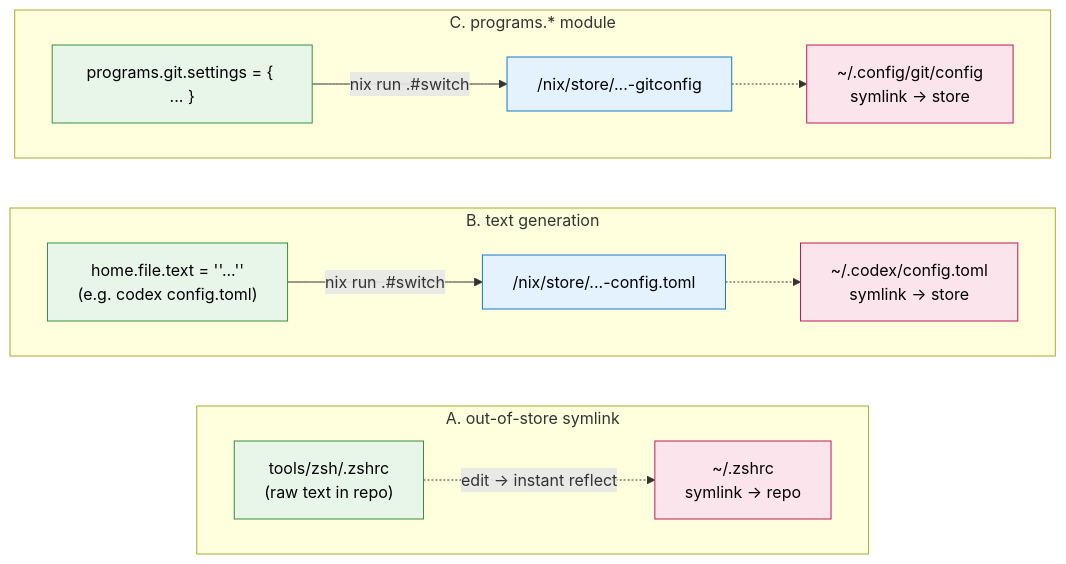
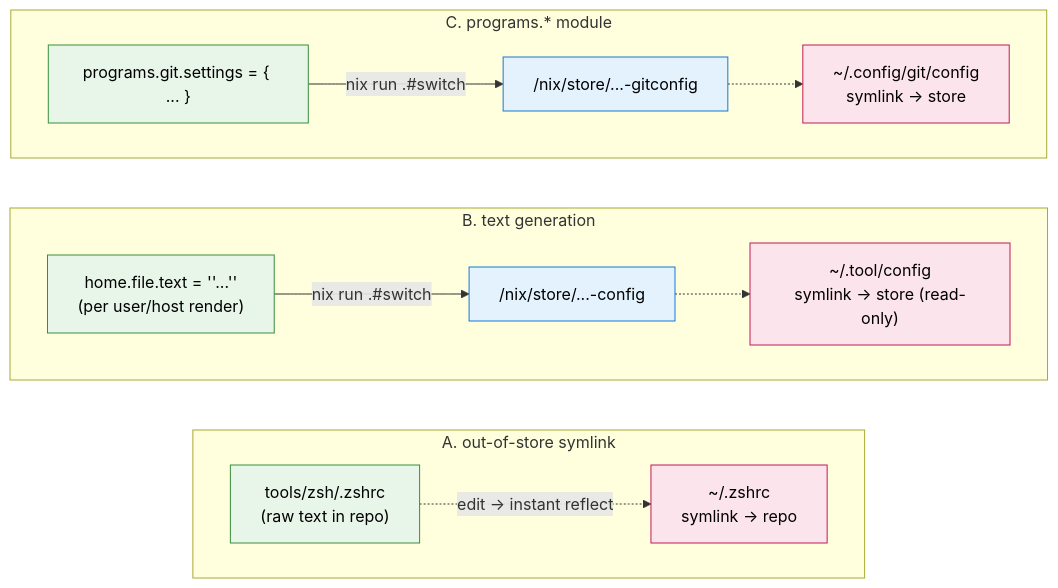
The second of 3 diagrams in docs/design-philosophy.md (danimal141/dotfiles), drawn with Mermaid before and after one commit. The commit also changed other lines of this file and 10 other files, not shown here.

First line of the commit message:
refactor(codex): manage config.toml via pkgs.formats.toml and trim MCP to context7/terraform

````diff
--- a/docs/design-philosophy.md
+++ b/docs/design-philosophy.md
@@ -108,29 +108,29 @@
 ```mermaid
 flowchart LR
     classDef src fill:#e8f5e9,stroke:#388e3c,color:#000
     classDef store fill:#e3f2fd,stroke:#1976d2,color:#000
     classDef home fill:#fce4ec,stroke:#c2185b,color:#000
 
     subgraph A["A. out-of-store symlink"]
         direction LR
         ARepo["tools/zsh/.zshrc<br/>(raw text in repo)"]:::src
         AHome["~/.zshrc<br/>symlink → repo"]:::home
         ARepo -.->|"edit → instant reflect"| AHome
     end
 
     subgraph B["B. text generation"]
         direction LR
-        BNix["home.file.text = ''...''<br/>(e.g. codex config.toml)"]:::src
-        BStore["/nix/store/...-config.toml"]:::store
-        BHome["~/.codex/config.toml<br/>symlink → store"]:::home
+        BNix["home.file.text = ''...''<br/>(per user/host render)"]:::src
+        BStore["/nix/store/...-config"]:::store
+        BHome["~/.tool/config<br/>symlink → store (read-only)"]:::home
         BNix -->|"nix run .#switch"| BStore -.-> BHome
     end
 
     subgraph C["C. programs.* module"]
         direction LR
         CNix["programs.git.settings = { ... }"]:::src
         CStore["/nix/store/...-gitconfig"]:::store
         CHome["~/.config/git/config<br/>symlink → store"]:::home
         CNix -->|"nix run .#switch"| CStore -.-> CHome
     end
 ```
````
